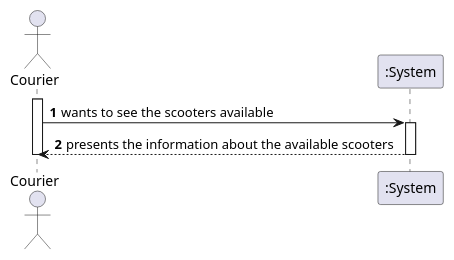
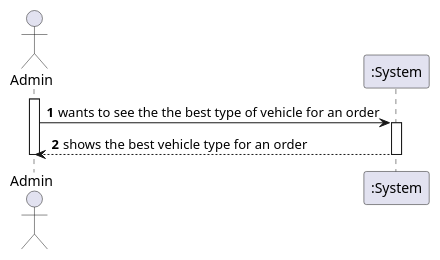
One commit to tiagoavcosta25/LAPR3 changed the diagram in docs/Iteration 3/Delivery Management/Refinement/US290_SeeSuitableVehicle/US290_SSD.puml. Above: the diagram before and after it, drawn with PlantUML. The commit also changed 72 other files, not shown here.

Commit message:
LAPR2AP2-All issues #fixing Readme (Report) and some bug fixing in all diagrams. [Design]

```diff
--- a/docs/Iteration 3/Delivery Management/Refinement/US290_SeeSuitableVehicle/US290_SSD.puml
+++ b/docs/Iteration 3/Delivery Management/Refinement/US290_SeeSuitableVehicle/US290_SSD.puml
@@ -1,12 +1,12 @@
 @startuml
 autonumber
-actor "Courier" as CR
+actor "Admin" as ADM
 
-activate CR
-CR -> ":System" : wants to see the scooters available
+activate ADM
+ADM -> ":System" : wants to see the the best type of vehicle for an order
 activate ":System"
-":System" --> CR : presents the information about the available scooters
+":System" --> ADM : shows the best vehicle type for an order
 deactivate ":System"
 
-deactivate CR
+deactivate ADM
 @enduml
```
